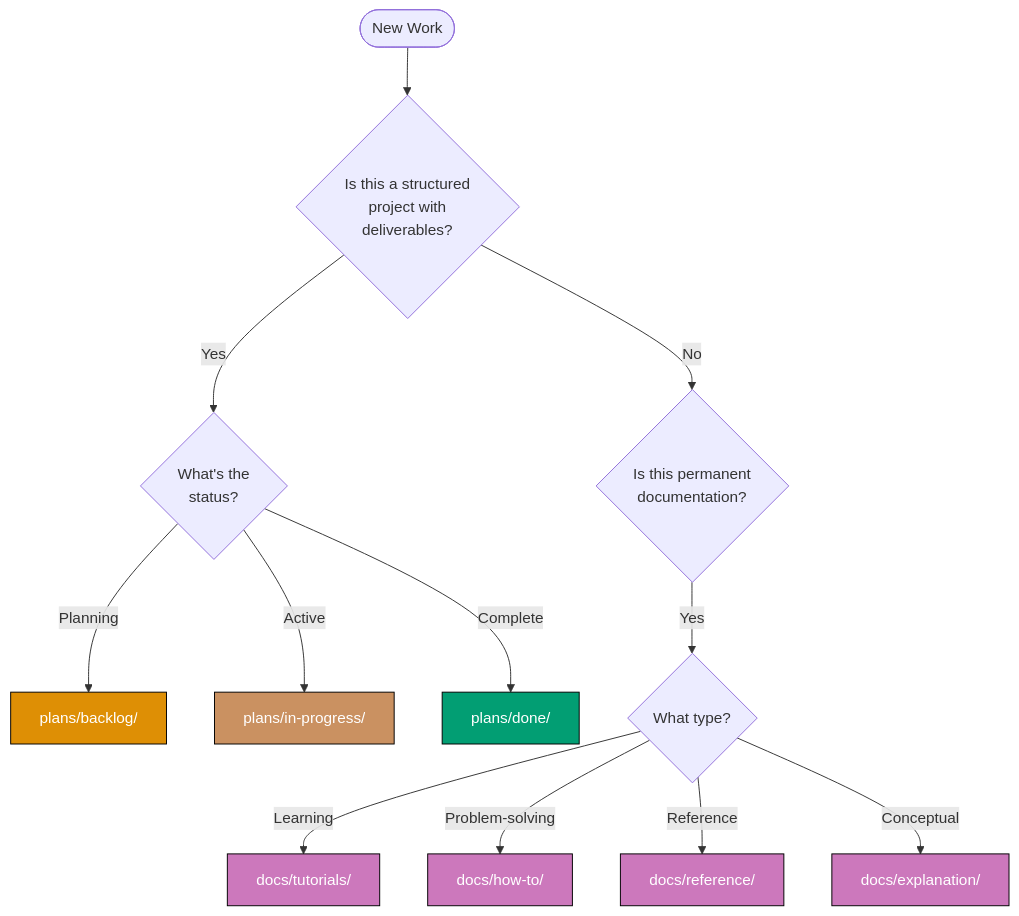
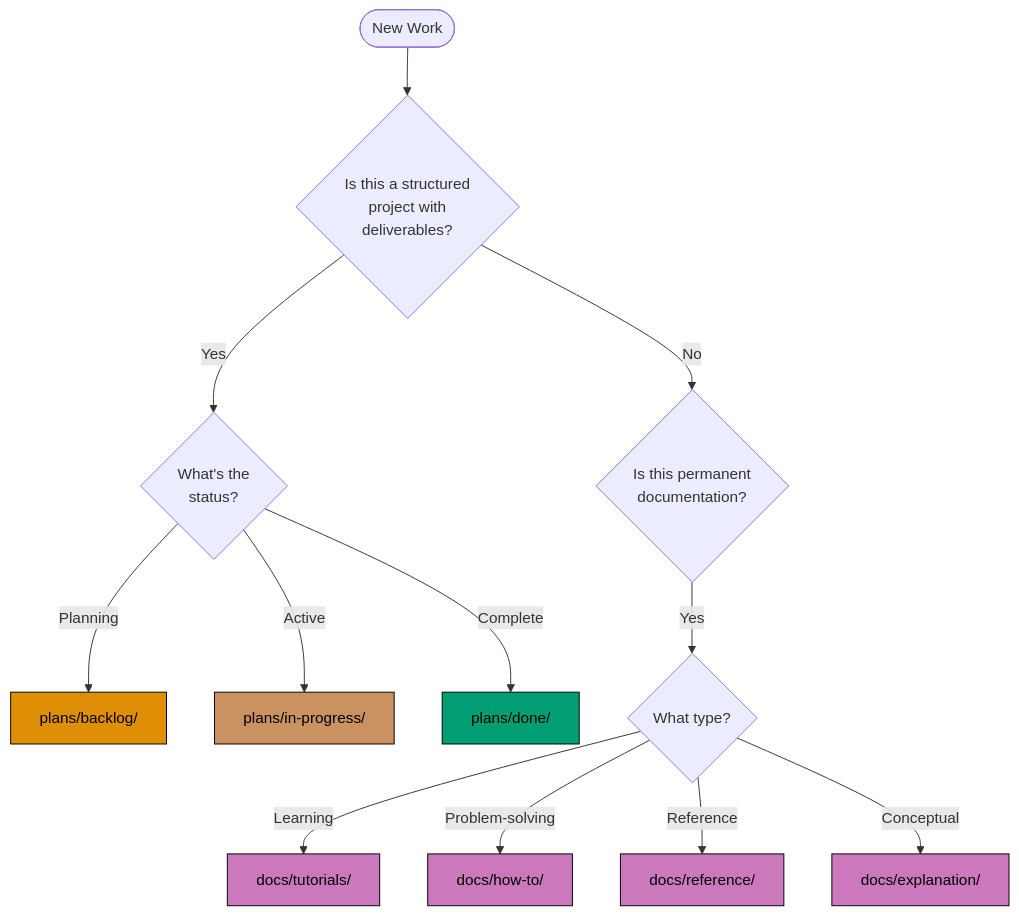
Before and after one commit to wahidyankf/ose-public: the diagram in docs/how-to/organize-work.md, drawn with Mermaid. The commit also changed 57 other files, not shown here.

First line of the commit message:
docs(diagrams): make docs diagrams accessible

````diff
--- a/docs/how-to/organize-work.md
+++ b/docs/how-to/organize-work.md
@@ -26,22 +26,25 @@
 ```mermaid
 flowchart TD
+    accTitle: Quick Decision Tree
+    accDescr: New Work leads to Is this a structured project with deliverables?; Is this a structured project with deliverables? leads to What's the status? via Yes; What's the status? leads to plans/backlog/ via Planning; and 8 more links.
     Start([New Work]) --> Q1{Is this a structured<br/>project with<br/>deliverables?}
     Q1 -->|Yes| Q2{What's the<br/>status?}
     Q2 -->|Planning| Backlog[plans/backlog/]
     Q2 -->|Active| InProgress[plans/in-progress/]
     Q2 -->|Complete| Done[plans/done/]
     Q1 -->|No| Q3{Is this permanent<br/>documentation?}
     Q3 -->|Yes| Q4{What type?}
     Q4 -->|Learning| Tutorial[docs/tutorials/]
     Q4 -->|Problem-solving| HowTo[docs/how-to/]
     Q4 -->|Reference| Reference[docs/reference/]
     Q4 -->|Conceptual| Explanation[docs/explanation/]
 
-    style Backlog fill:#DE8F05,stroke:#000000,color:#FFFFFF
-    style InProgress fill:#CA9161,stroke:#000000,color:#FFFFFF
-    style Done fill:#029E73,stroke:#000000,color:#FFFFFF
-    style Tutorial fill:#CC78BC,stroke:#000000,color:#FFFFFF
-    style HowTo fill:#CC78BC,stroke:#000000,color:#FFFFFF
-    style Reference fill:#CC78BC,stroke:#000000,color:#FFFFFF
-    style Explanation fill:#CC78BC,stroke:#000000,color:#FFFFFF
+    classDef orange fill:#DE8F05,stroke:#000000,color:#000000
+    classDef brown fill:#CA9161,stroke:#000000,color:#000000
+    classDef teal fill:#029E73,stroke:#000000,color:#000000
+    classDef purple fill:#CC78BC,stroke:#000000,color:#000000
+    class Backlog orange
+    class InProgress brown
+    class Done teal
+    class Tutorial,HowTo,Reference,Explanation purple
 ```
````
